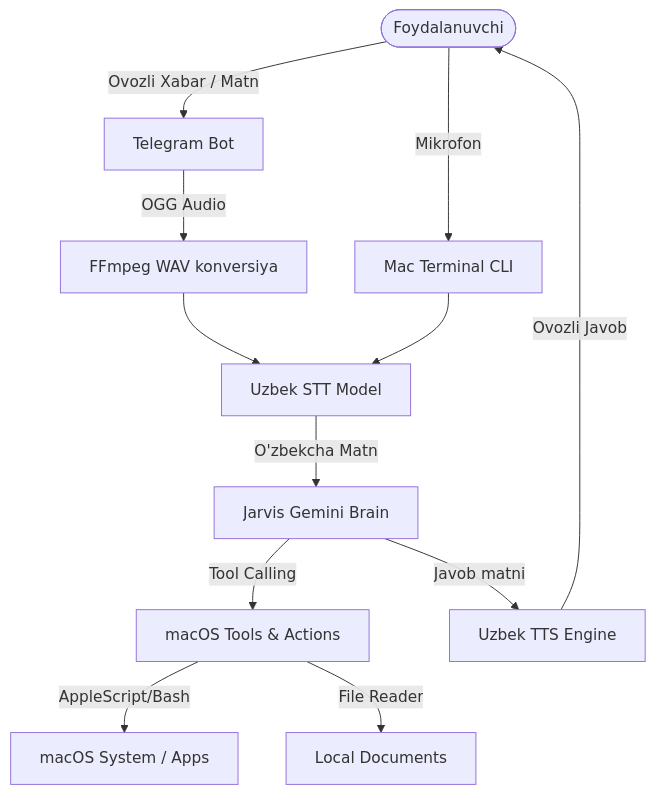
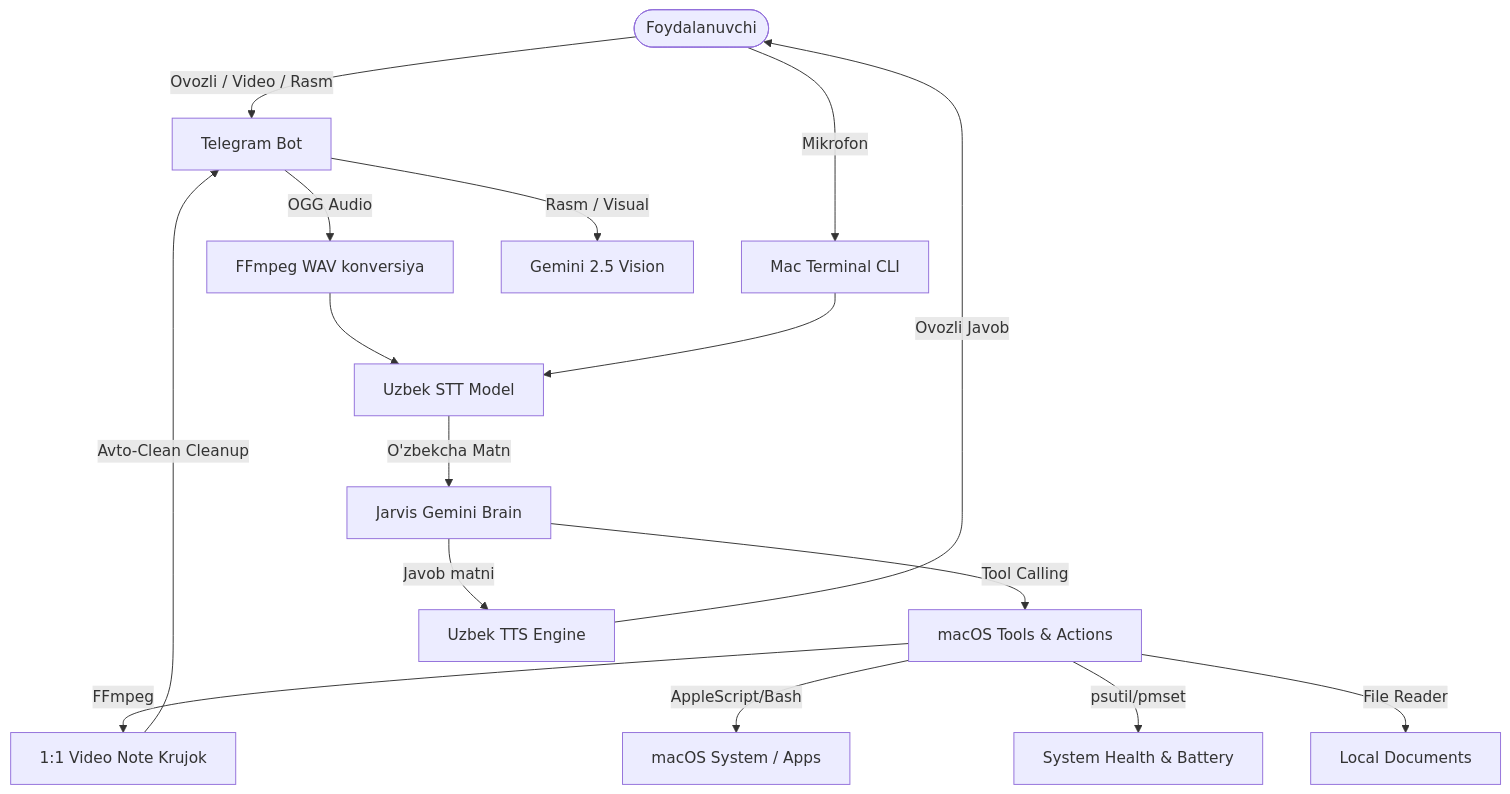
The diagram in README.md (cretivy/ALI-AI-), drawn with Mermaid before and after one commit. The commit also changed other lines of this file and 6 other files, not shown here.

Commit message:
Add webcam video notes (krujok), Gemini Vision, system health stats, music control, and auto storage cleanup

````diff
--- a/README.md
+++ b/README.md
@@ -77,18 +84,23 @@
 ```mermaid
 graph TD
-    User([Foydalanuvchi]) -->|Ovozli Xabar / Matn| TelegramBot[Telegram Bot]
+    User([Foydalanuvchi]) -->|Ovozli / Video / Rasm| TelegramBot[Telegram Bot]
     User -->|Mikrofon| LocalCLI[Mac Terminal CLI]
     
     TelegramBot -->|OGG Audio| AudioConv[FFmpeg WAV konversiya]
     AudioConv --> STT[Uzbek STT Model]
     LocalCLI --> STT
     
+    TelegramBot -->|Rasm / Visual| Vision[Gemini 2.5 Vision]
+    
     STT -->|O'zbekcha Matn| Brain[Jarvis Gemini Brain]
     Brain -->|Tool Calling| Tools[macOS Tools & Actions]
     
+    Tools -->|FFmpeg| VideoNote[1:1 Video Note Krujok]
     Tools -->|AppleScript/Bash| MacSystem[macOS System / Apps]
+    Tools -->|psutil/pmset| Stats[System Health & Battery]
     Tools -->|File Reader| Files[Local Documents]
     
     Brain -->|Javob matni| TTS[Uzbek TTS Engine]
     TTS -->|Ovozli Javob| User
+    VideoNote -->|Avto-Clean Cleanup| TelegramBot
 ```
````
